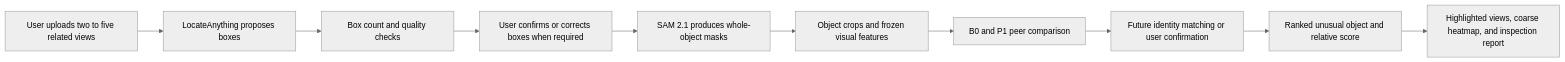
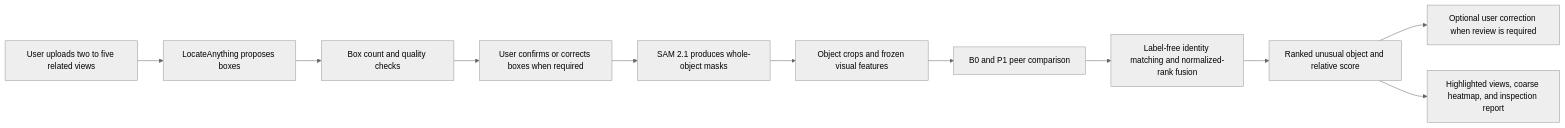
One commit to Industry-Project-UTS/visual-peer-inspector changed the second of 2 diagrams in docs/architecture.md. Above: the diagram before and after it, drawn with Mermaid (neutral theme). The commit also changed other lines of this file and 115 other files, not shown here.

````diff
--- a/docs/architecture.md
+++ b/docs/architecture.md
@@ -47,12 +47,13 @@
 ```mermaid
 flowchart LR
     A["User uploads two to five related views"] --> B["LocateAnything proposes boxes"]
     B --> C["Box count and quality checks"]
     C --> D["User confirms or corrects boxes when required"]
     D --> E["SAM 2.1 produces whole-object masks"]
     E --> F["Object crops and frozen visual features"]
     F --> G["B0 and P1 peer comparison"]
-    G --> H["Future identity matching or user confirmation"]
+    G --> H["Label-free identity matching and normalized-rank fusion"]
     H --> I["Ranked unusual object and relative score"]
+    I --> K["Optional user correction when review is required"]
     I --> J["Highlighted views, coarse heatmap, and inspection report"]
 ```
````
